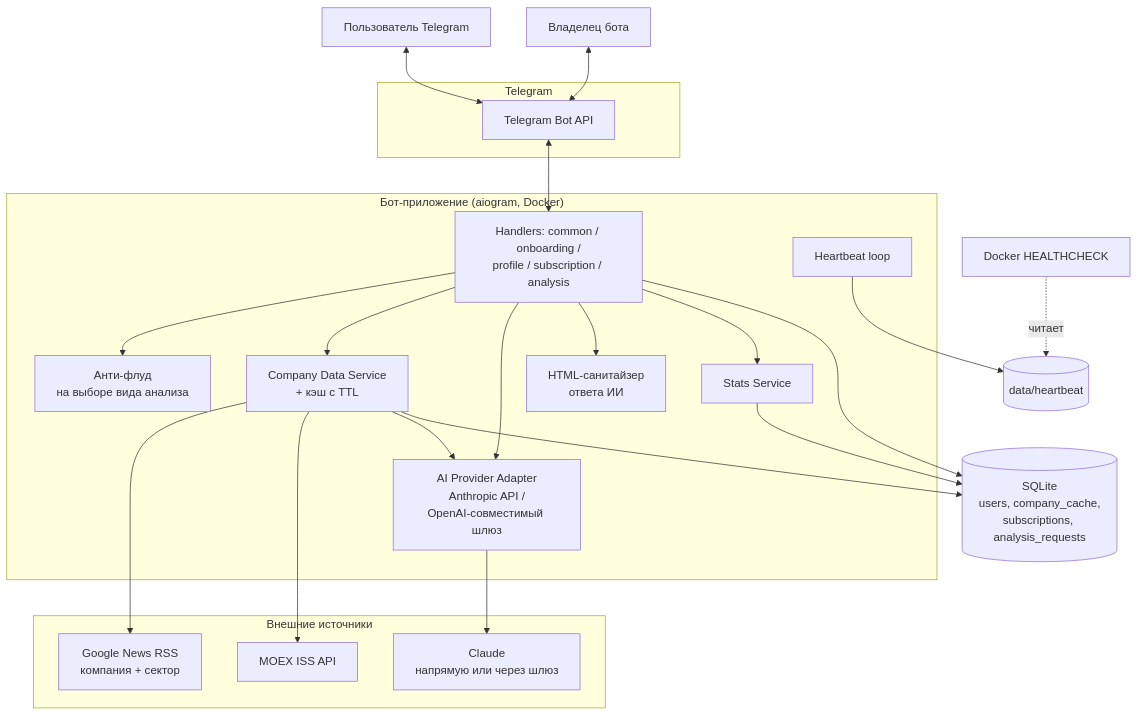
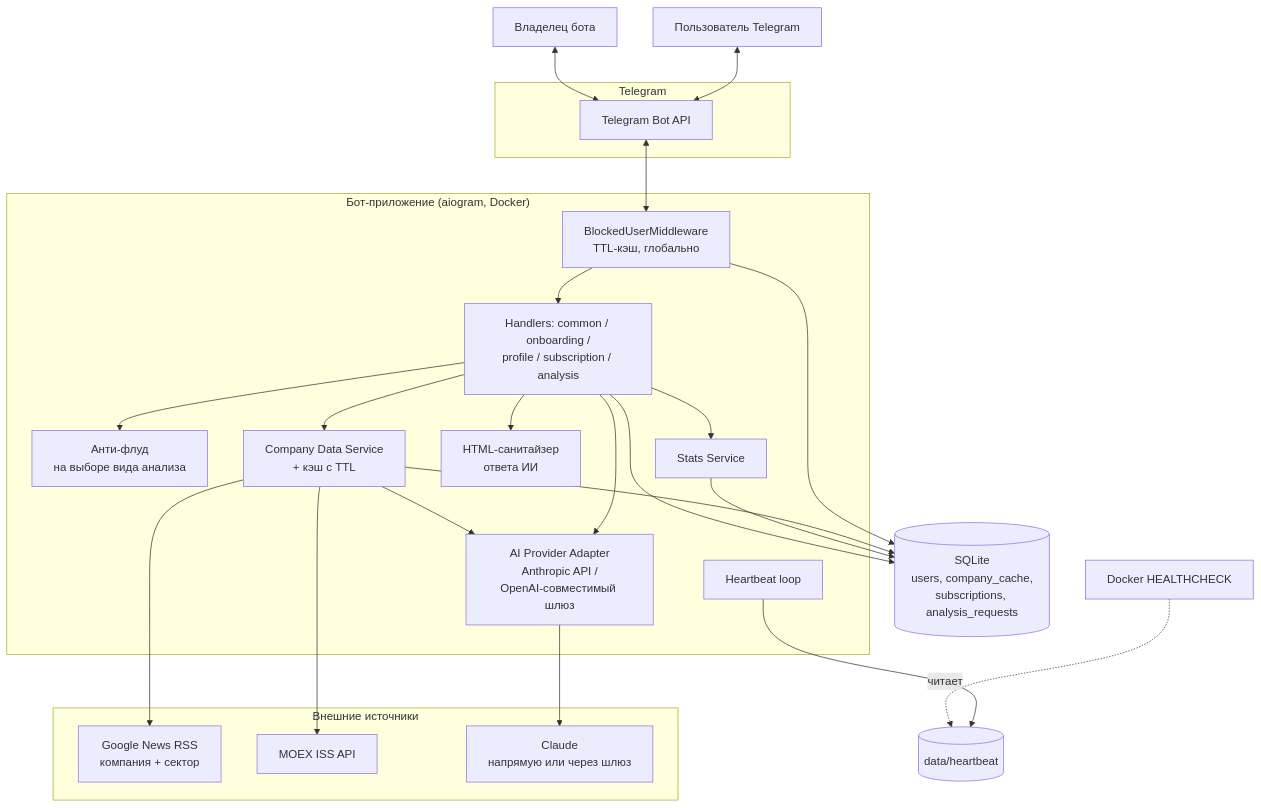
The first of 5 diagrams in README.md (keshtoim/analysis_for_invest_bot), drawn with Mermaid before and after one commit. The commit also changed other lines of this file, not shown here.

````diff
--- a/README.md
+++ b/README.md
@@ -85,45 +93,48 @@
 ```mermaid
 graph TD
     U[Пользователь Telegram]
     OWNER[Владелец бота]
 
     subgraph TG["Telegram"]
         API[Telegram Bot API]
     end
 
     subgraph APP["Бот-приложение (aiogram, Docker)"]
+        BM[BlockedUserMiddleware<br/>TTL-кэш, глобально]
         H[Handlers: common / onboarding /<br/>profile / subscription / analysis]
         AF[Анти-флуд<br/>на выборе вида анализа]
         CDS[Company Data Service<br/>+ кэш с TTL]
         AIP[AI Provider Adapter<br/>Anthropic API /<br/>OpenAI-совместимый шлюз]
         SAN[HTML-санитайзер<br/>ответа ИИ]
         STATS[Stats Service]
         HB[Heartbeat loop]
     end
 
     subgraph EXT["Внешние источники"]
         NEWS[Google News RSS<br/>компания + сектор]
         MOEX[MOEX ISS API]
         AI[Claude<br/>напрямую или через шлюз]
     end
 
     DB[(SQLite<br/>users, company_cache,<br/>subscriptions, analysis_requests)]
 
     U <--> API
     OWNER <--> API
-    API <--> H
+    API <--> BM
+    BM --> H
+    BM --> DB
     H --> AF
     H --> CDS
     H --> AIP
     H --> SAN
     H --> STATS
     CDS --> NEWS
     CDS --> MOEX
     CDS --> AIP
     AIP --> AI
     CDS --> DB
     STATS --> DB
     H --> DB
     HB --> DB2[(data/heartbeat)]
     HC[Docker HEALTHCHECK] -.читает.-> DB2
 ```
````
